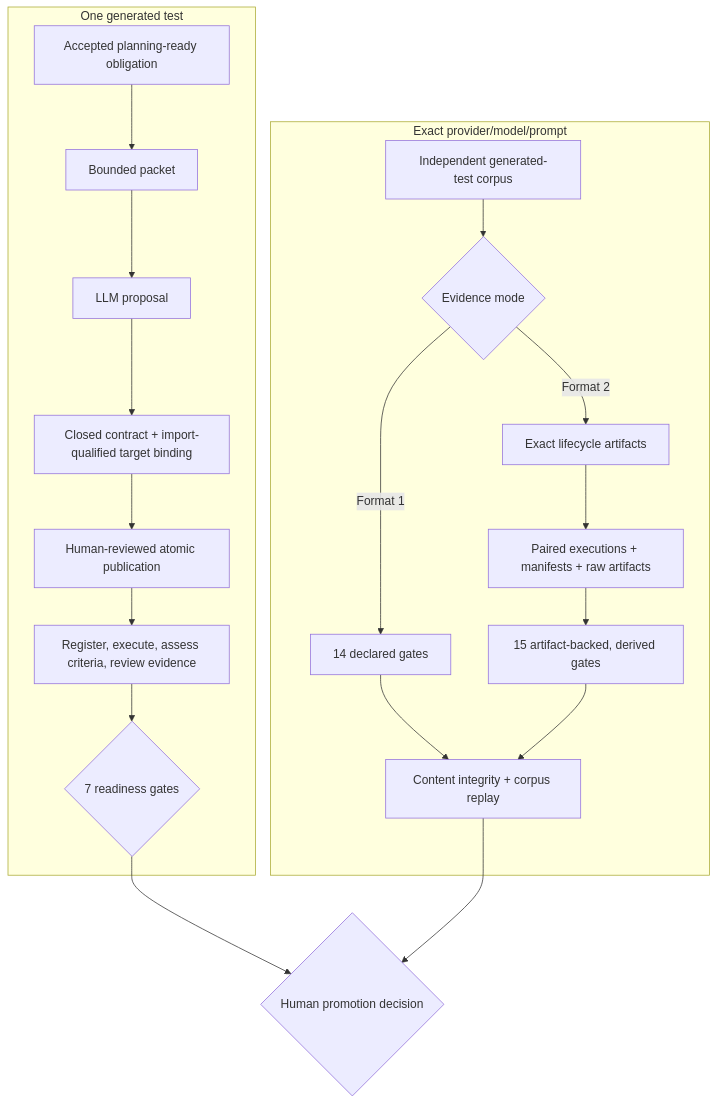
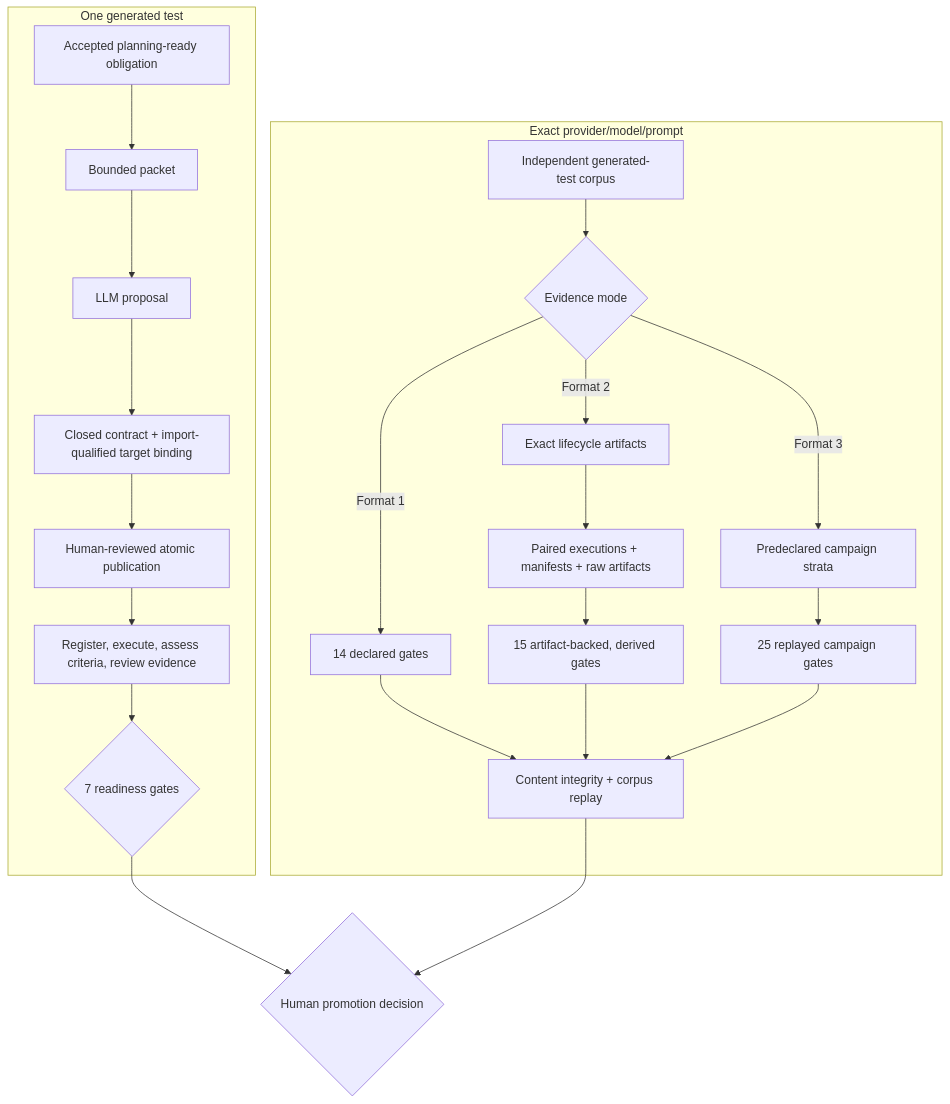
Before and after one commit to willtran87/project-py-sfmea: the fourth of 4 diagrams in docs/WORKFLOW.md, drawn with Mermaid. The commit also changed other lines of this file and 25 other files, not shown here.

````diff
--- a/docs/WORKFLOW.md
+++ b/docs/WORKFLOW.md
@@ -706,22 +708,25 @@
 ```mermaid
 flowchart TB
   subgraph TEST["One generated test"]
     O["Accepted planning-ready obligation"] --> P["Bounded packet"]
     P --> L["LLM proposal"]
     L --> B["Closed contract + import-qualified target binding"]
     B --> H["Human-reviewed atomic publication"]
     H --> E["Register, execute, assess criteria, review evidence"]
     E --> R{"7 readiness gates"}
   end
   subgraph QUAL["Exact provider/model/prompt"]
     C["Independent generated-test corpus"] --> QMODE{"Evidence mode"}
     QMODE -- "Format 1" --> Q14["14 declared gates"]
     QMODE -- "Format 2" --> QART["Exact lifecycle artifacts"]
+    QMODE -- "Format 3" --> QSTRAT["Predeclared campaign strata"]
     QART --> QRAW["Paired executions + manifests + raw artifacts"]
     QRAW --> Q15["15 artifact-backed, derived gates"]
+    QSTRAT --> Q25["25 replayed campaign gates"]
     Q14 --> QREPLAY["Content integrity + corpus replay"]
     Q15 --> QREPLAY
+    Q25 --> QREPLAY
   end
   R --> D{"Human promotion decision"}
   QREPLAY --> D
 ```
````
